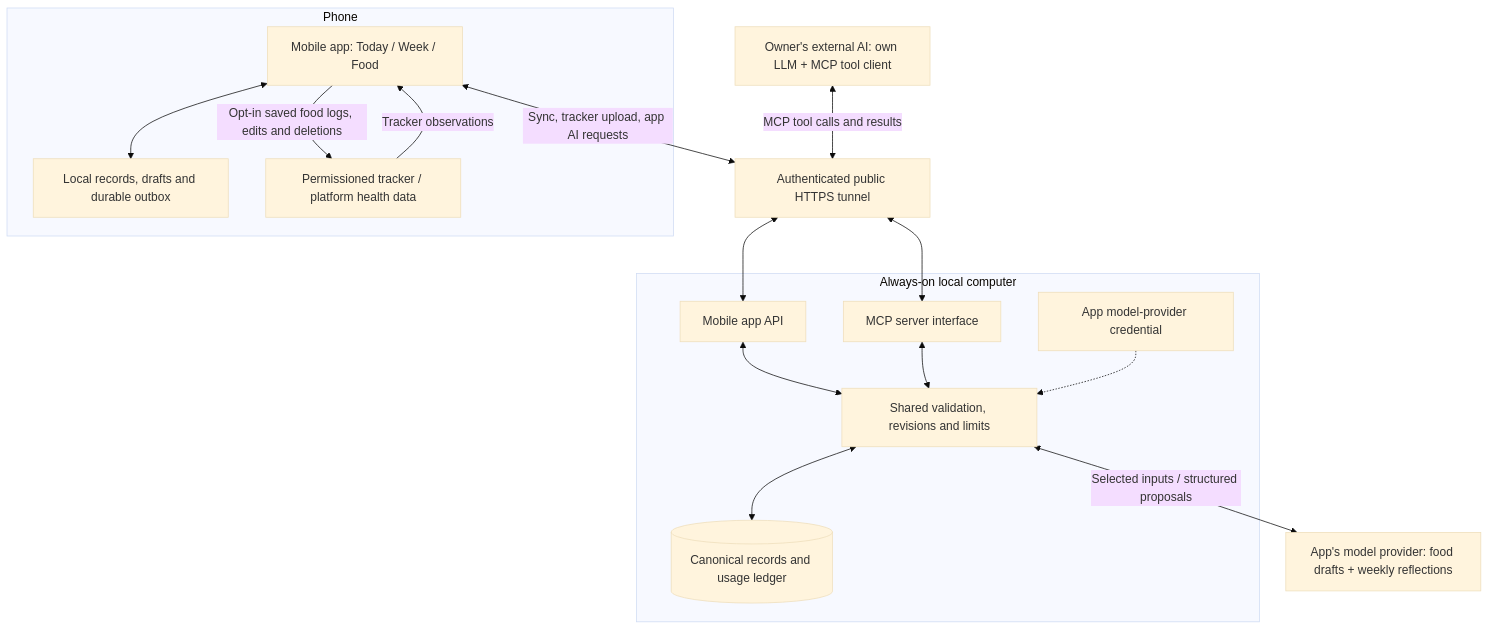
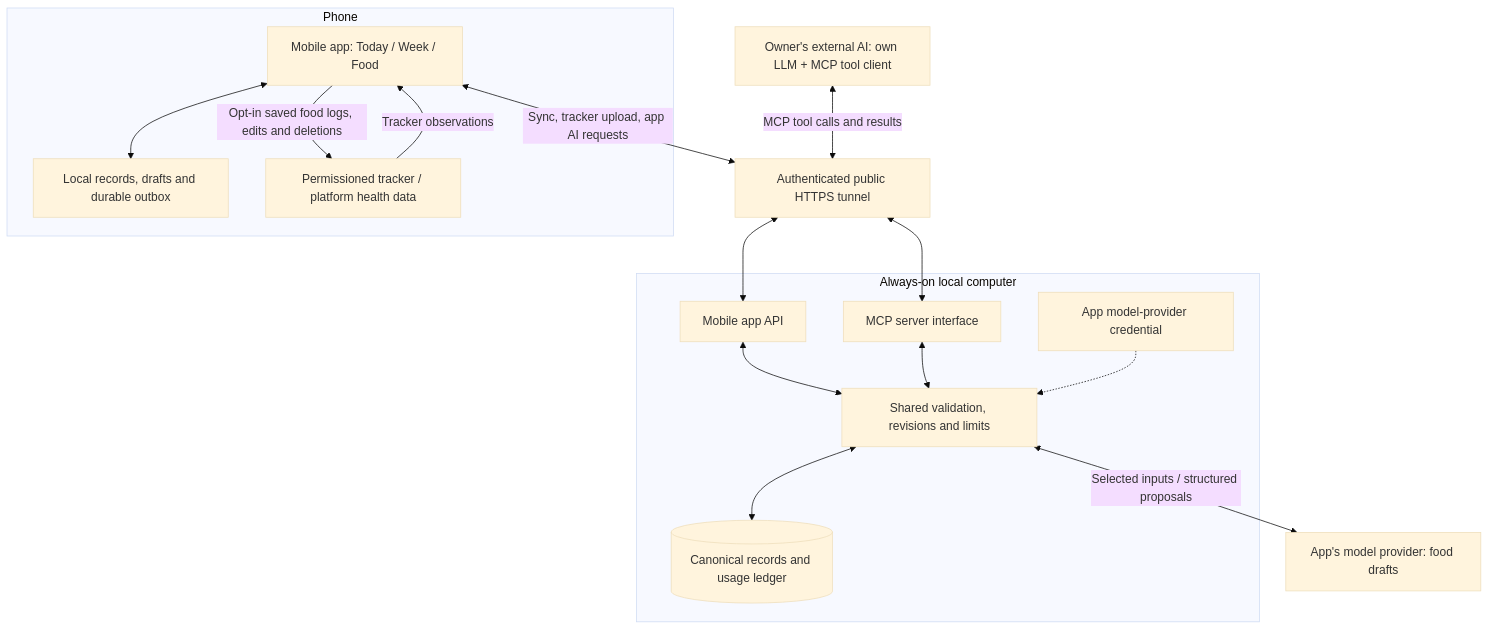
Before and after one commit to gwensmu/euros: the diagram in docs/shareable/PERSONAL_TRAINING_APP_BLUEPRINT.md, drawn with Mermaid (base theme). The commit also changed other lines of this file and 30 other files, not shown here.

````diff
--- a/docs/shareable/PERSONAL_TRAINING_APP_BLUEPRINT.md
+++ b/docs/shareable/PERSONAL_TRAINING_APP_BLUEPRINT.md
@@ -173,30 +180,30 @@
 ```mermaid
 flowchart TB
     subgraph phone["Phone"]
         mobile["Mobile app: Today / Week / Food"]
         cache["Local records, drafts and durable outbox"]
         health["Permissioned tracker / platform health data"]
         mobile <--> cache
         health -->|"Tracker observations"| mobile
         mobile -->|"Opt-in saved food logs, edits and deletions"| health
     end
     agent["Owner's external AI: own LLM + MCP tool client"]
     tunnel["Authenticated public HTTPS tunnel"]
     mobile <-->|"Sync, tracker upload, app AI requests"| tunnel
     agent <-->|"MCP tool calls and results"| tunnel
     subgraph host["Always-on local computer"]
         api["Mobile app API"]
         mcp["MCP server interface"]
         rules["Shared validation, revisions and limits"]
         db[("Canonical records and usage ledger")]
         secrets["App model-provider credential"]
         api <--> rules
         mcp <--> rules
         rules <--> db
         secrets -.-> rules
     end
     tunnel <--> api
     tunnel <--> mcp
-    models["App's model provider: food drafts + weekly reflections"]
+    models["App's model provider: food drafts"]
     rules <-->|"Selected inputs / structured proposals"| models
 ```
````
